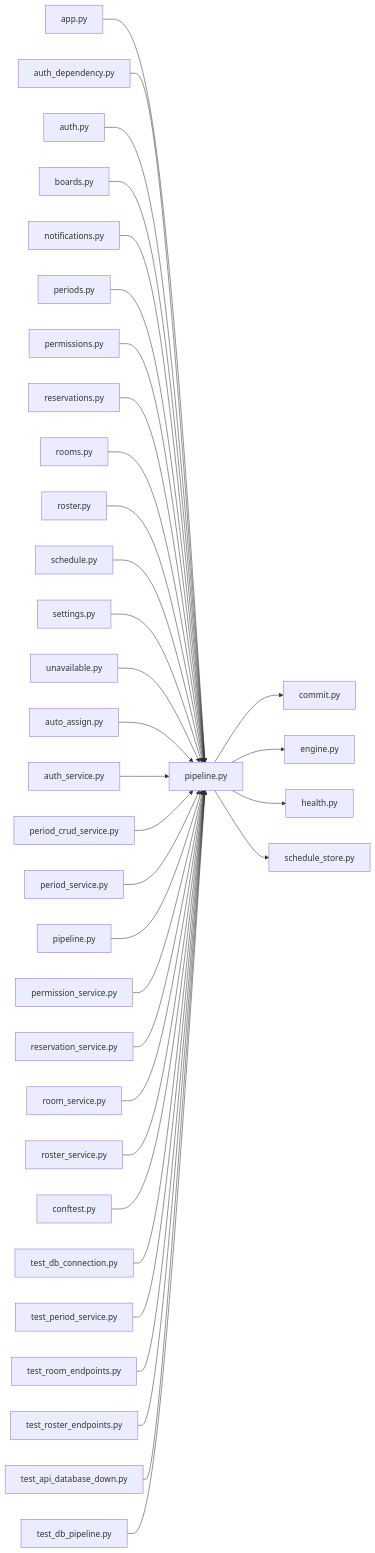
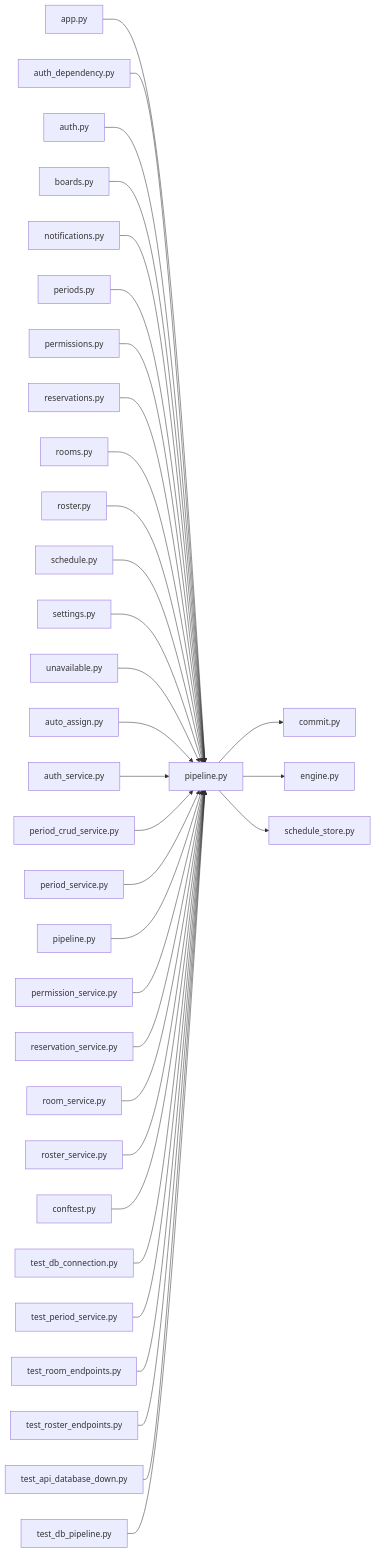
One commit to minkong-dev/Banblit changed the diagram in .cluedoc/graph/backend/src/backend/db/pipeline.md. Above: the diagram before and after it, drawn with Mermaid. The commit also changed other lines of this file and 78 other files, not shown here.

````diff
--- a/.cluedoc/graph/backend/src/backend/db/pipeline.md
+++ b/.cluedoc/graph/backend/src/backend/db/pipeline.md
@@ -10,37 +10,36 @@
 ```mermaid
 flowchart LR
   backend_src_backend_db_pipeline["pipeline.py"]
   backend_src_backend_db_pipeline --> backend_src_backend_db_commit["commit.py"]
   backend_src_backend_db_pipeline --> backend_src_backend_db_engine["engine.py"]
-  backend_src_backend_db_pipeline --> backend_src_backend_db_health["health.py"]
   backend_src_backend_db_pipeline --> backend_src_backend_db_schedule_store["schedule_store.py"]
   backend_src_backend_api_app["app.py"] --> backend_src_backend_db_pipeline
   backend_src_backend_api_auth_dependency["auth_dependency.py"] --> backend_src_backend_db_pipeline
   backend_src_backend_api_routers_auth["auth.py"] --> backend_src_backend_db_pipeline
   backend_src_backend_api_routers_boards["boards.py"] --> backend_src_backend_db_pipeline
   backend_src_backend_api_routers_notifications["notifications.py"] --> backend_src_backend_db_pipeline
   backend_src_backend_api_routers_periods["periods.py"] --> backend_src_backend_db_pipeline
   backend_src_backend_api_routers_permissions["permissions.py"] --> backend_src_backend_db_pipeline
   backend_src_backend_api_routers_reservations["reservations.py"] --> backend_src_backend_db_pipeline
   backend_src_backend_api_routers_rooms["rooms.py"] --> backend_src_backend_db_pipeline
   backend_src_backend_api_routers_roster["roster.py"] --> backend_src_backend_db_pipeline
   backend_src_backend_api_routers_schedule["schedule.py"] --> backend_src_backend_db_pipeline
   backend_src_backend_api_routers_settings["settings.py"] --> backend_src_backend_db_pipeline
   backend_src_backend_api_routers_unavailable["unavailable.py"] --> backend_src_backend_db_pipeline
   backend_src_backend_jobs_auto_assign["auto_assign.py"] --> backend_src_backend_db_pipeline
   backend_src_backend_services_auth_auth_service["auth_service.py"] --> backend_src_backend_db_pipeline
   backend_src_backend_services_period_period_crud_service["period_crud_service.py"] --> backend_src_backend_db_pipeline
   backend_src_backend_services_period_period_service["period_service.py"] --> backend_src_backend_db_pipeline
   backend_src_backend_services_period_pipeline["pipeline.py"] --> backend_src_backend_db_pipeline
   backend_src_backend_services_permission_permission_service["permission_service.py"] --> backend_src_backend_db_pipeline
   backend_src_backend_services_reservation_reservation_service["reservation_service.py"] --> backend_src_backend_db_pipeline
   backend_src_backend_services_room_room_service["room_service.py"] --> backend_src_backend_db_pipeline
   backend_src_backend_services_roster_roster_service["roster_service.py"] --> backend_src_backend_db_pipeline
   backend_tests_conftest["conftest.py"] --> backend_src_backend_db_pipeline
   backend_tests_integration_db_test_db_connection["test_db_connection.py"] --> backend_src_backend_db_pipeline
   backend_tests_integration_db_test_period_service["test_period_service.py"] --> backend_src_backend_db_pipeline
   backend_tests_integration_db_test_room_endpoints["test_room_endpoints.py"] --> backend_src_backend_db_pipeline
   backend_tests_integration_db_test_roster_endpoints["test_roster_endpoints.py"] --> backend_src_backend_db_pipeline
   backend_tests_unit_test_api_database_down["test_api_database_down.py"] --> backend_src_backend_db_pipeline
   backend_tests_unit_test_db_pipeline["test_db_pipeline.py"] --> backend_src_backend_db_pipeline
 ```
````
